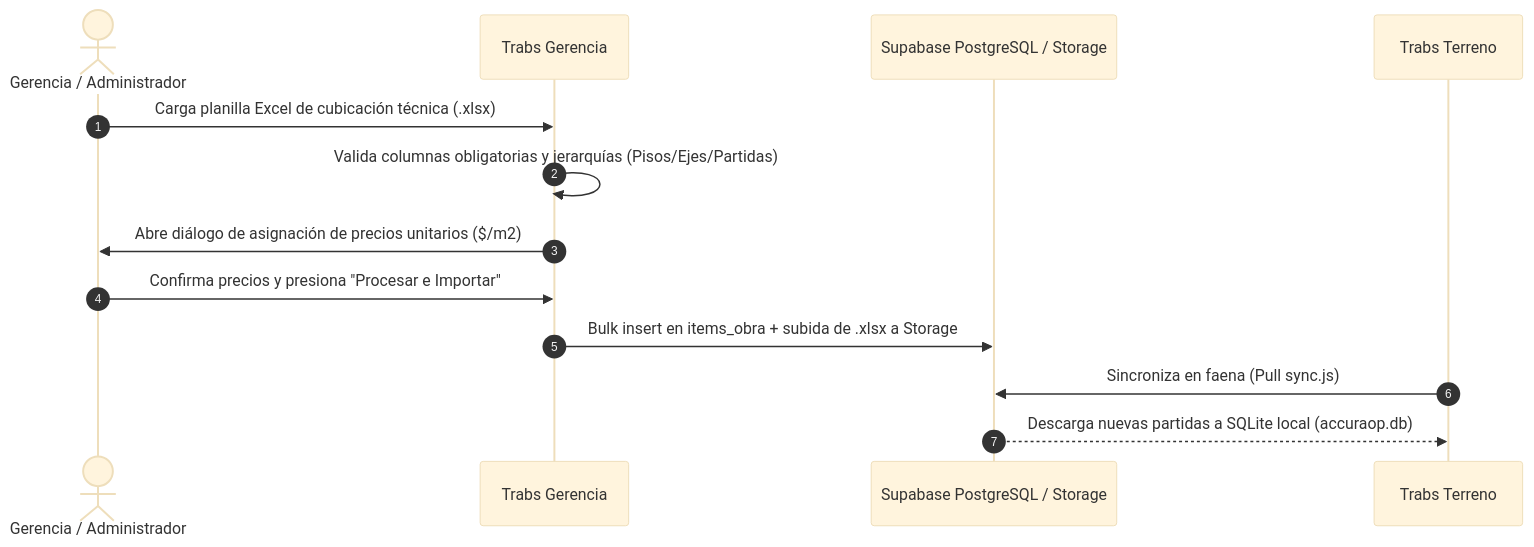
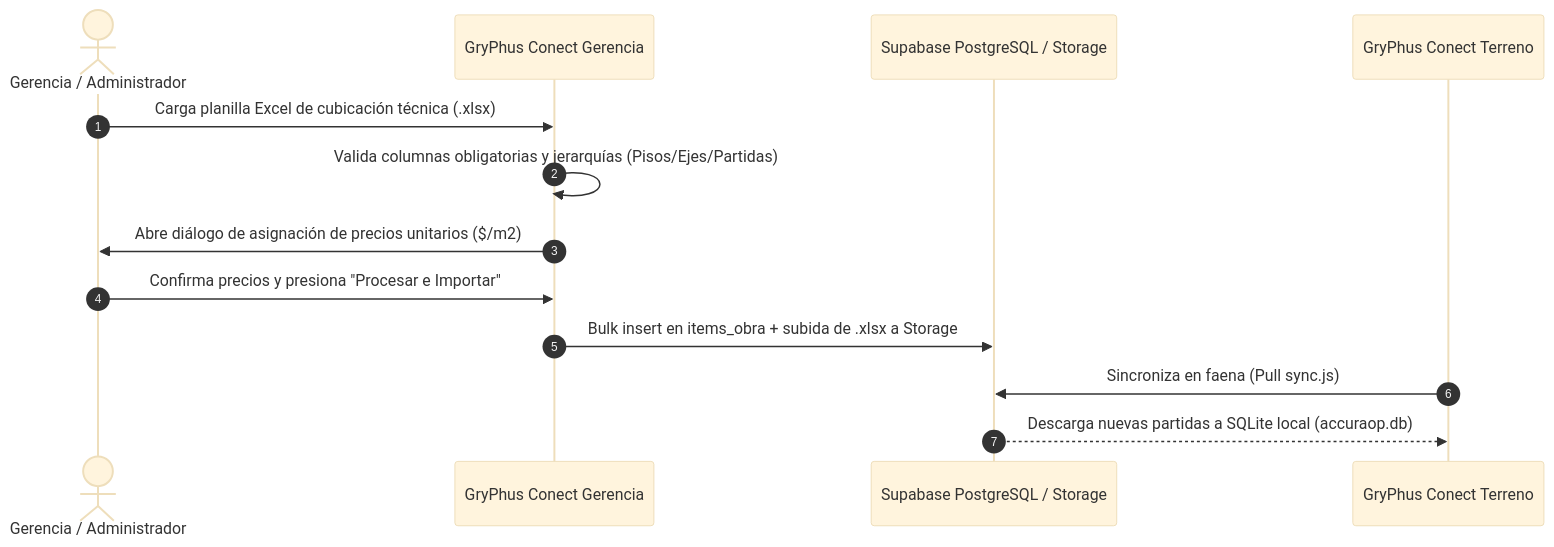
Before and after one commit to pancholavinf/GryPhus-Conect: the second of 3 diagrams in INFO PROYECTO/resumen_arquitectura.md, drawn with Mermaid (base theme). The commit also changed other lines of this file and 223 other files, not shown here.

````diff
--- a/INFO PROYECTO/resumen_arquitectura.md
+++ b/INFO PROYECTO/resumen_arquitectura.md
@@ -139,16 +139,16 @@
 ```mermaid
 sequenceDiagram
     autonumber
     actor Admin as Gerencia / Administrador
-    participant Desktop as Trabs Gerencia
+    participant Desktop as GryPhus Conect Gerencia
     participant Cloud as Supabase PostgreSQL / Storage
-    participant Mobile as Trabs Terreno
+    participant Mobile as GryPhus Conect Terreno
 
     Admin->>Desktop: Carga planilla Excel de cubicación técnica (.xlsx)
     Desktop->>Desktop: Valida columnas obligatorias y jerarquías (Pisos/Ejes/Partidas)
     Desktop->>Admin: Abre diálogo de asignación de precios unitarios ($/m2)
     Admin->>Desktop: Confirma precios y presiona "Procesar e Importar"
     Desktop->>Cloud: Bulk insert en items_obra + subida de .xlsx a Storage
     Mobile->>Cloud: Sincroniza en faena (Pull sync.js)
     Cloud-->>Mobile: Descarga nuevas partidas a SQLite local (accuraop.db)
 ```
````
